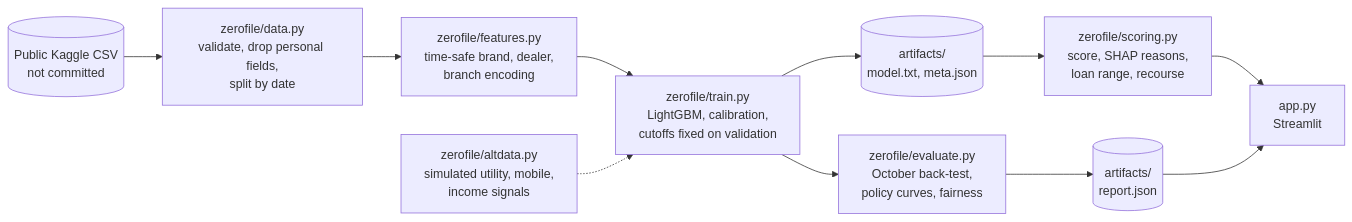
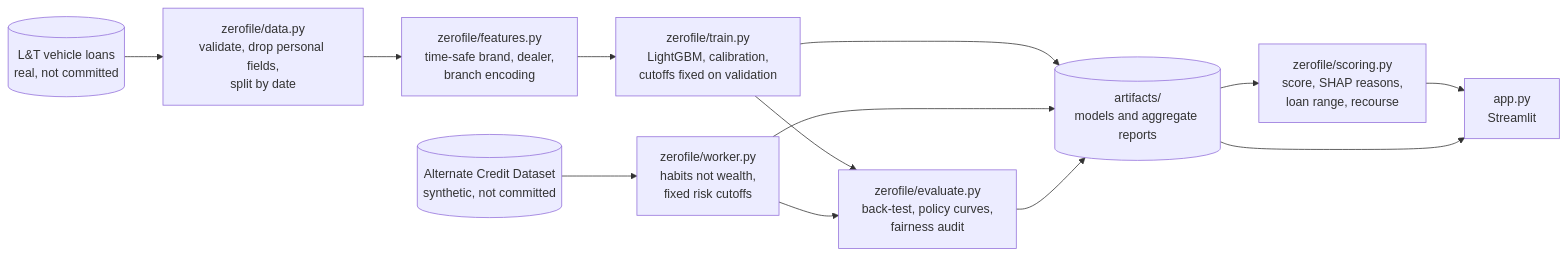
Before and after one commit to Aayush657/zerofile-credit: the diagram in README.md, drawn with Mermaid. The commit also changed other lines of this file and 12 other files, not shown here.

````diff
--- a/README.md
+++ b/README.md
@@ -140,13 +218,15 @@
 ```mermaid
 flowchart LR
-    A[(Public Kaggle CSV<br/>not committed)] --> B[zerofile/data.py<br/>validate, drop personal fields,<br/>split by date]
+    A[(L&T vehicle loans<br/>real, not committed)] --> B[zerofile/data.py<br/>validate, drop personal fields,<br/>split by date]
     B --> C[zerofile/features.py<br/>time-safe brand, dealer,<br/>branch encoding]
     C --> D[zerofile/train.py<br/>LightGBM, calibration,<br/>cutoffs fixed on validation]
-    D --> E[zerofile/evaluate.py<br/>October back-test,<br/>policy curves, fairness]
-    D --> F[(artifacts/<br/>model.txt, meta.json)]
-    E --> G[(artifacts/<br/>report.json)]
+    W[(Alternate Credit Dataset<br/>synthetic, not committed)] --> X[zerofile/worker.py<br/>habits not wealth,<br/>fixed risk cutoffs]
+    D --> E[zerofile/evaluate.py<br/>back-test, policy curves,<br/>fairness audit]
+    X --> E
+    D --> F[(artifacts/<br/>models and aggregate reports)]
+    X --> F
+    E --> F
     F --> H[zerofile/scoring.py<br/>score, SHAP reasons,<br/>loan range, recourse]
     H --> I[app.py<br/>Streamlit]
-    G --> I
-    J[zerofile/altdata.py<br/>simulated utility, mobile,<br/>income signals] -.-> D
+    F --> I
 ```
````
